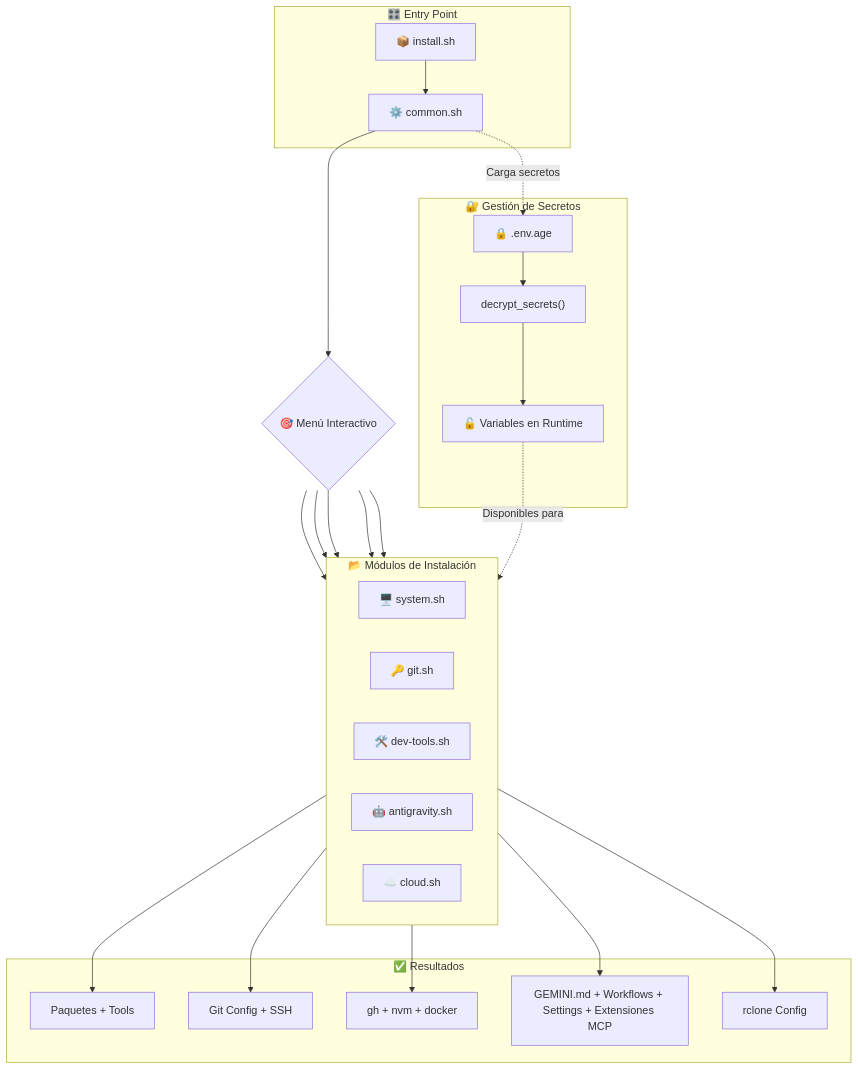
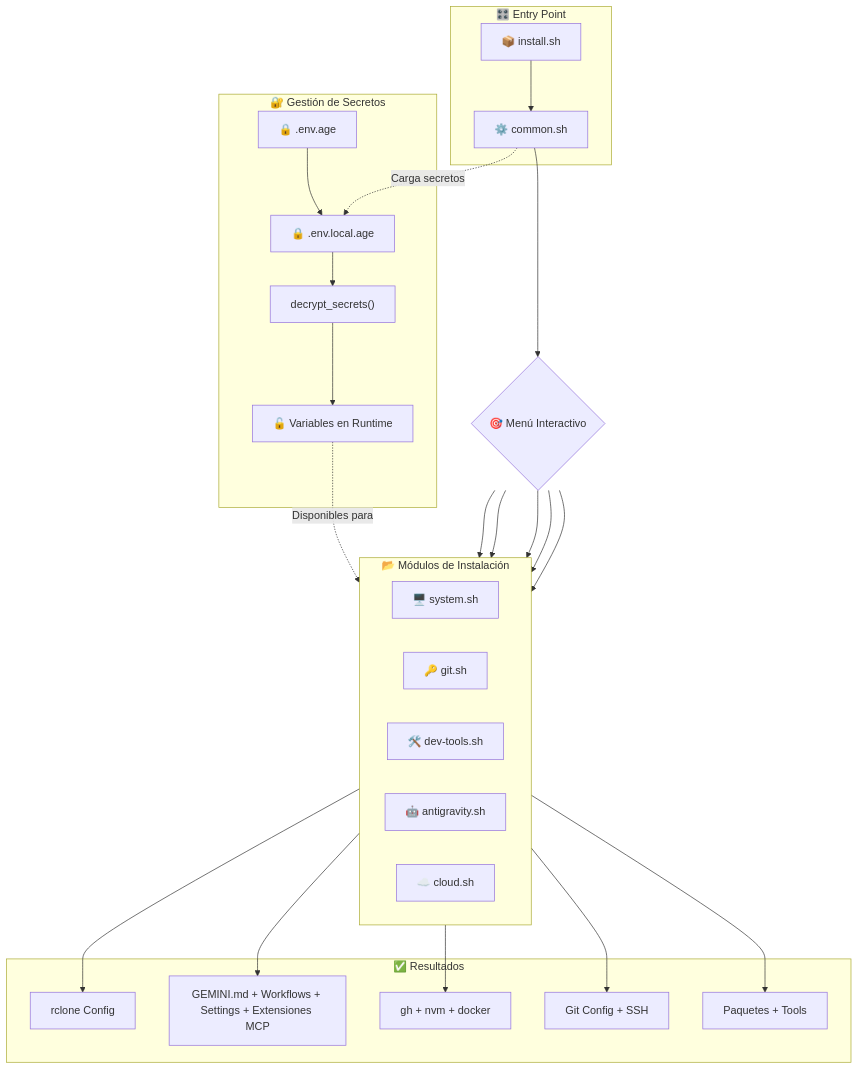
The first of 2 diagrams in README.md (herwingx/dotfiles), drawn with Mermaid before and after one commit. The commit also changed other lines of this file and 1 other file, not shown here.

````diff
--- a/README.md
+++ b/README.md
@@ -169,41 +169,42 @@
 ```mermaid
 flowchart TD
     subgraph ENTRY["🎛️ Entry Point"]
         A["📦 install.sh"] --> B["⚙️ common.sh"]
     end
 
     B --> C{"🎯 Menú Interactivo"}
 
     subgraph MODULES["📂 Módulos de Instalación"]
         direction LR
         D["🖥️ system.sh"]
         E["🔑 git.sh"]
         F["🛠️ dev-tools.sh"]
         G["🤖 antigravity.sh"]
         H["☁️ cloud.sh"]
     end
 
     C --> D & E & F & G & H
 
     subgraph OUTPUTS["✅ Resultados"]
         I["Paquetes + Tools"]
         J["Git Config + SSH"]
         K["gh + nvm + docker"]
         L["GEMINI.md + Workflows + Settings + Extensiones MCP"]
         M["rclone Config"]
     end
 
     D --> I
     E --> J
     F --> K
     G --> L
     H --> M
 
     subgraph SECRETS["🔐 Gestión de Secretos"]
-        N["🔒 .env.age"] --> O["decrypt_secrets()"]
+        N["🔒 .env.local.age"] --> O["decrypt_secrets()"]
+        N2["🔒 .env.age"] --> N
         O --> P["🔓 Variables en Runtime"]
     end
 
     B -.->|"Carga secretos"| N
     P -.->|"Disponibles para"| MODULES
 ```
````
